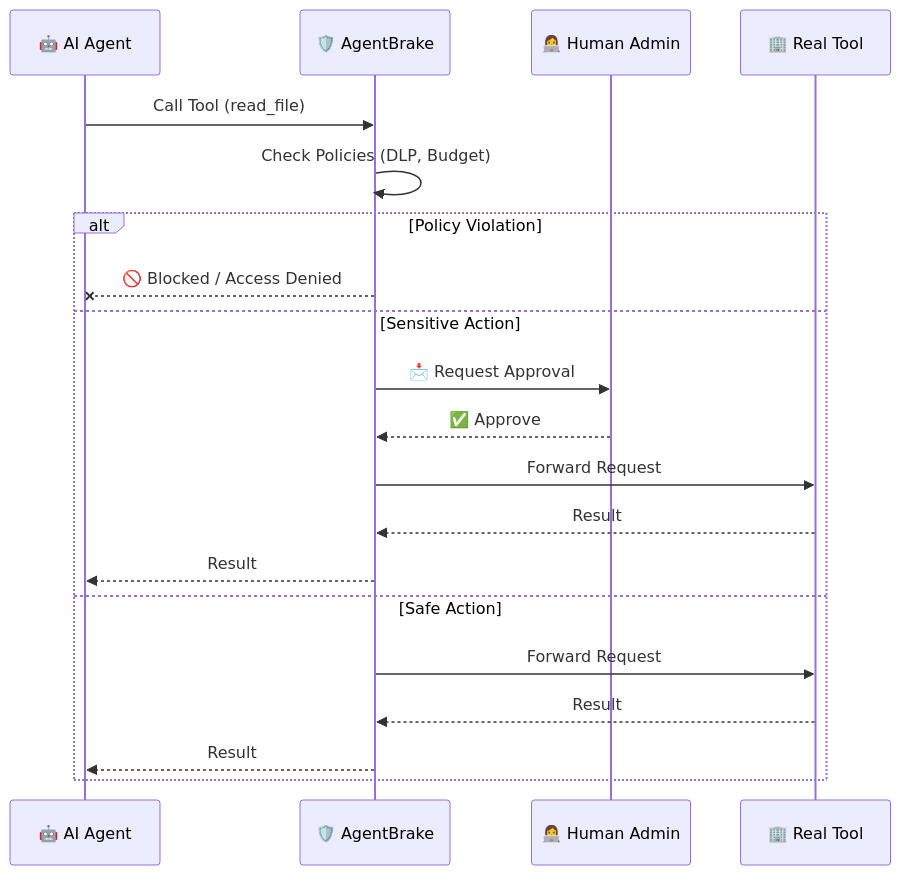
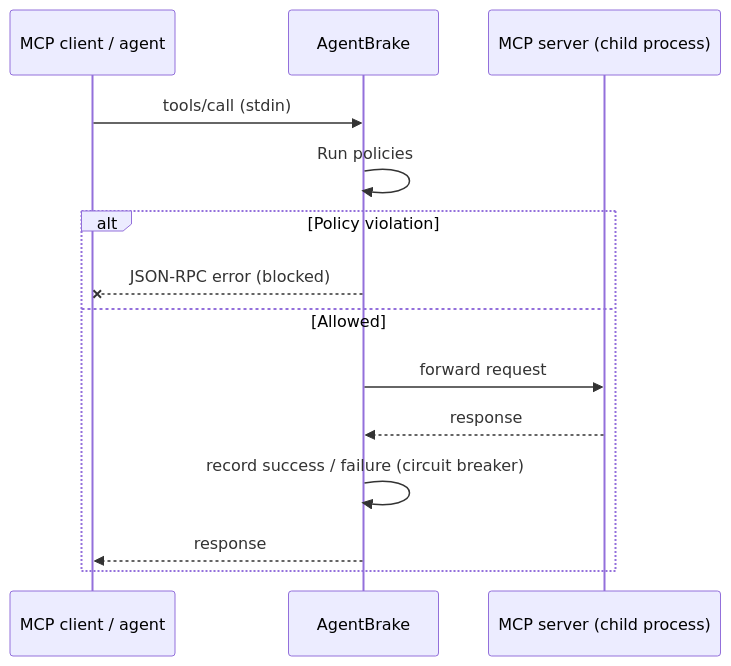
The diagram in README.md (Ujjwaljain16/AgentBrake), drawn with Mermaid before and after one commit. The commit also changed other lines of this file and 27 other files, not shown here.

First line of the commit message:
fix: fail closed on framing, policy errors and invalid config; wire circuit breaker

````diff
--- a/README.md
+++ b/README.md
@@ -70,24 +75,17 @@
 ```mermaid
 sequenceDiagram
-    participant Agent as 🤖 AI Agent
-    participant Brake as 🛡️ AgentBrake
-    participant Admin as 👩‍💻 Human Admin
-    participant Tool as 🏢 Real Tool
+    participant Agent as MCP client / agent
+    participant Brake as AgentBrake
+    participant Tool as MCP server (child process)
 
-    Agent->>Brake: Call Tool (read_file)
-    Brake->>Brake: Check Policies (DLP, Budget)
-    
-    alt Policy Violation
-        Brake--xAgent: 🚫 Blocked / Access Denied
-    else Sensitive Action
-        Brake->>Admin: 📩 Request Approval
-        Admin-->>Brake: ✅ Approve
-        Brake->>Tool: Forward Request
-        Tool-->>Brake: Result
-        Brake-->>Agent: Result
-    else Safe Action
-        Brake->>Tool: Forward Request
-        Tool-->>Brake: Result
-        Brake-->>Agent: Result
+    Agent->>Brake: tools/call (stdin)
+    Brake->>Brake: Run policies
+    alt Policy violation
+        Brake--xAgent: JSON-RPC error (blocked)
+    else Allowed
+        Brake->>Tool: forward request
+        Tool-->>Brake: response
+        Brake->>Brake: record success / failure (circuit breaker)
+        Brake-->>Agent: response
     end
 ```
````
